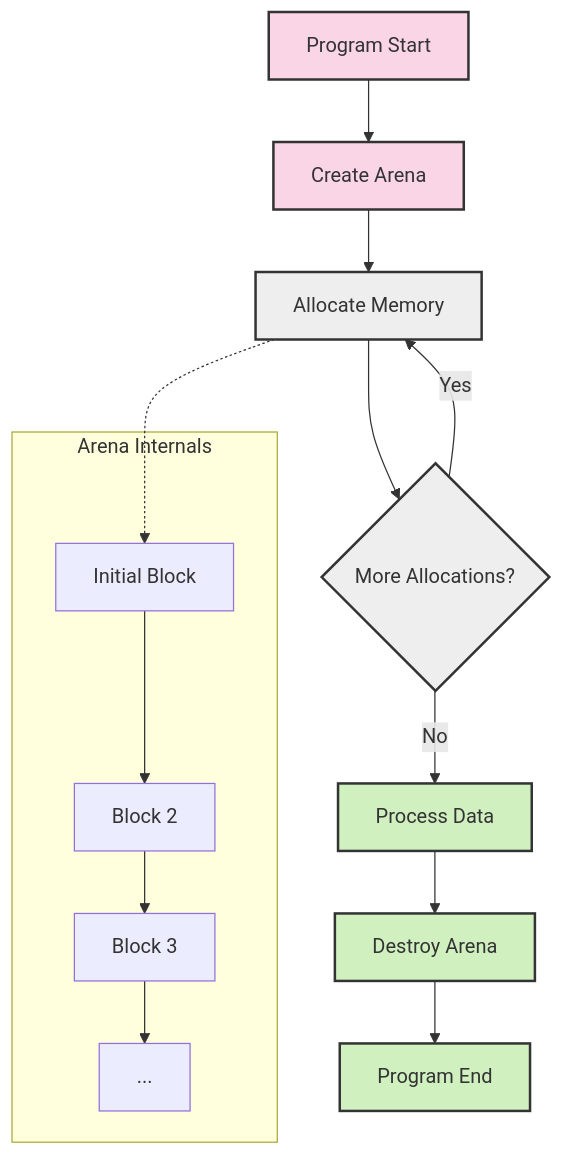
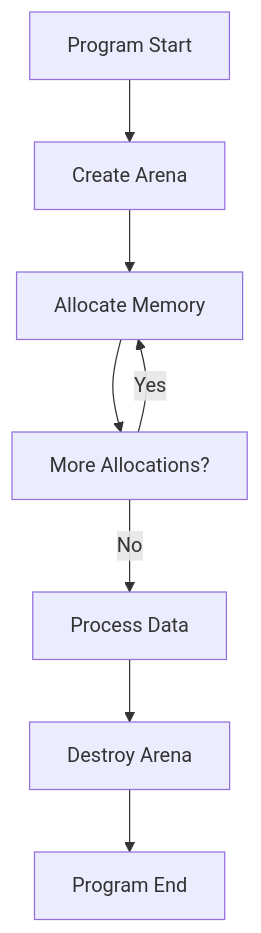
Before and after one commit to tsotchke/eshkol: the first of 2 diagrams in docs/aidocs/MEMORY_MANAGEMENT.md, drawn with Mermaid. The commit also changed other lines of this file and 5 other files, not shown here.

````diff
--- a/docs/aidocs/MEMORY_MANAGEMENT.md
+++ b/docs/aidocs/MEMORY_MANAGEMENT.md
@@ -7,27 +18,10 @@
 ```mermaid
 graph TD
     A[Program Start] --> B[Create Arena]
     B --> C[Allocate Memory]
-    C --> D{More Allocations?}
+    C --> D[More Allocations?]
     D -->|Yes| C
     D -->|No| E[Process Data]
     E --> F[Destroy Arena]
     F --> G[Program End]
-    
-    subgraph "Arena Internals"
-        H[Initial Block]
-        H --> I[Block 2]
-        I --> J[Block 3]
-        J --> K[...]
-    end
-    
-    C -.-> H
-    
-    style A fill:#f9d5e5,stroke:#333,stroke-width:2px
-    style B fill:#f9d5e5,stroke:#333,stroke-width:2px
-    style C fill:#eeeeee,stroke:#333,stroke-width:2px
-    style D fill:#eeeeee,stroke:#333,stroke-width:2px
-    style E fill:#d0f0c0,stroke:#333,stroke-width:2px
-    style F fill:#d0f0c0,stroke:#333,stroke-width:2px
-    style G fill:#d0f0c0,stroke:#333,stroke-width:2px
 ```
````
